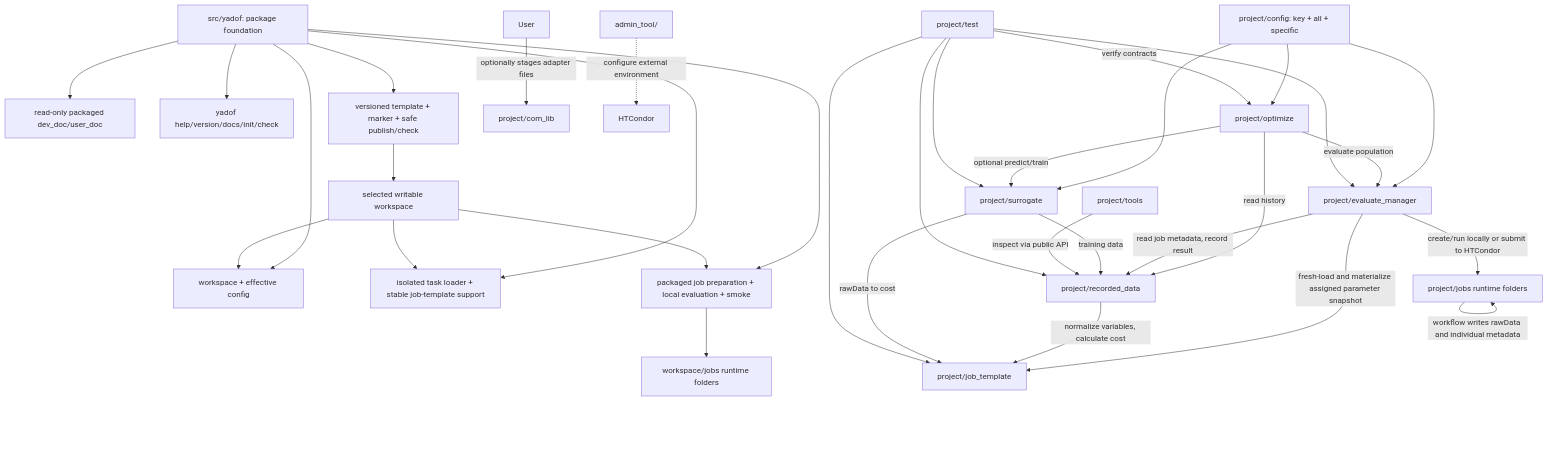
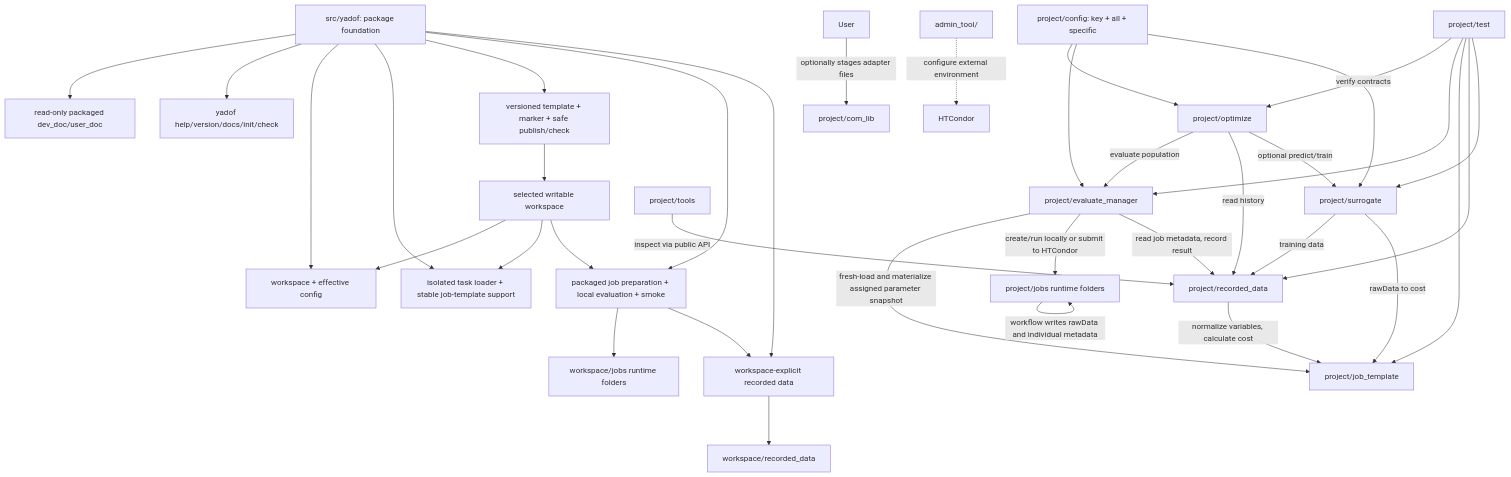
The diagram in dev_doc/architecture/c4_container.md (YS-Pan/yadof), drawn with Mermaid before and after one commit. The commit also changed other lines of this file and 33 other files, not shown here.

Commit message:
feat: add workspace-local recorded data

````diff
--- a/dev_doc/architecture/c4_container.md
+++ b/dev_doc/architecture/c4_container.md
@@ -5,40 +5,43 @@
 ```mermaid
 flowchart TD
     Package["src/yadof: package foundation"] --> PackageDocs["read-only packaged dev_doc/user_doc"]
     Package --> PackageCLI["yadof help/version/docs/init/check"]
     Package --> WorkspaceAPI["workspace + effective config"]
     Package --> TaskAPI["isolated task loader + stable job-template support"]
     Package --> WorkspaceLifecycle["versioned template + marker + safe publish/check"]
     Package --> LocalEvaluate["packaged job preparation + local evaluation + smoke"]
+    Package --> PackageRecorded["workspace-explicit recorded data"]
     Workspace["selected writable workspace"] --> WorkspaceAPI
     Workspace --> TaskAPI
     WorkspaceLifecycle --> Workspace
     LocalEvaluate --> WorkspaceJobs["workspace/jobs runtime folders"]
+    LocalEvaluate --> PackageRecorded
+    PackageRecorded --> WorkspaceRecords["workspace/recorded_data"]
     Workspace --> LocalEvaluate
 
     Config["project/config: key + all + specific"] --> Optimize["project/optimize"]
     Config --> Evaluate["project/evaluate_manager"]
     Config --> Surrogate["project/surrogate"]
 
     Optimize -->|evaluate population| Evaluate
     Optimize -->|read history| Recorded["project/recorded_data"]
     Optimize -->|optional predict/train| Surrogate
 
     Evaluate -->|fresh-load and materialize assigned parameter snapshot| Template["project/job_template"]
     User -->|optionally stages adapter files| ComLib["project/com_lib"]
     Evaluate -->|create/run locally or submit to HTCondor| Jobs["project/jobs runtime folders"]
     Jobs -->|workflow writes rawData and individual metadata| Jobs
     Evaluate -->|read job metadata, record result| Recorded
 
     Recorded -->|normalize variables, calculate cost| Template
     Surrogate -->|training data| Recorded
     Surrogate -->|rawData to cost| Template
 
     Tools["project/tools"] -->|inspect via public API| Recorded
     AdminResources["admin_tool/"] -.->|configure external environment| HTCondor
     Tests["project/test"] -->|verify contracts| Optimize
     Tests --> Evaluate
     Tests --> Template
     Tests --> Recorded
     Tests --> Surrogate
 ```
````
